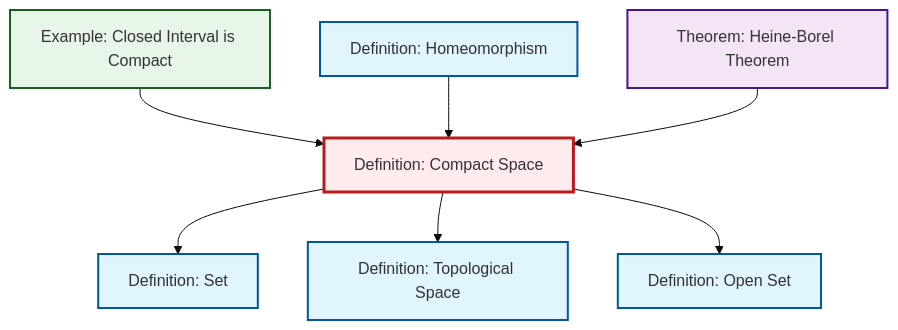
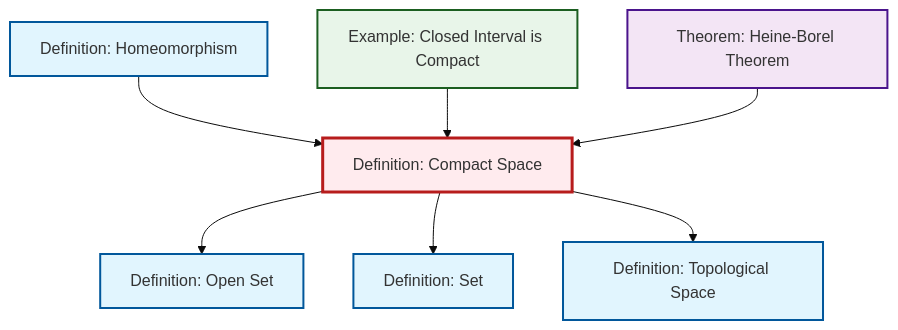
The diagram in content/en/topology/def-compact.qmd (RK0429/ModernMath), drawn with Mermaid (base theme) before and after one commit. The commit also changed other lines of this file and 672 other files, not shown here.

````diff
--- a/content/en/topology/def-compact.qmd
+++ b/content/en/topology/def-compact.qmd
@@ -48,29 +48,29 @@
 ```{mermaid}
 %%| fig-cap: "Local dependency graph"
 graph TD
     classDef definition fill:#e1f5fe,stroke:#01579b,stroke-width:2px
     classDef theorem fill:#f3e5f5,stroke:#4a148c,stroke-width:2px
     classDef axiom fill:#fff3e0,stroke:#e65100,stroke-width:2px
     classDef example fill:#e8f5e9,stroke:#1b5e20,stroke-width:2px
     classDef current fill:#ffebee,stroke:#b71c1c,stroke-width:3px
+    def-set["Definition: Set"]:::definition
+    def-topological-space["Definition: Topological Space"]:::definition
+    def-compact["Definition: Compact Space"]:::definition
+    def-homeomorphism["Definition: Homeomorphism"]:::definition
+    ex-closed-interval-compact["Example: Closed Interval is Compact"]:::example
+    thm-heine-borel["Theorem: Heine-Borel Theorem"]:::theorem
     def-open-set["Definition: Open Set"]:::definition
-    def-set["Definition: Set"]:::definition
-    def-homeomorphism["Definition: Homeomorphism"]:::definition
-    def-compact["Definition: Compact Space"]:::definition
-    def-topological-space["Definition: Topological Space"]:::definition
-    thm-heine-borel["Theorem: Heine-Borel Theorem"]:::theorem
-    ex-closed-interval-compact["Example: Closed Interval is Compact"]:::example
+    def-compact --> def-open-set
     def-compact --> def-set
+    def-homeomorphism --> def-compact
     ex-closed-interval-compact --> def-compact
-    def-homeomorphism --> def-compact
+    def-compact --> def-topological-space
     thm-heine-borel --> def-compact
-    def-compact --> def-topological-space
-    def-compact --> def-open-set
     class def-compact current
+    click def-set "def-set.html" "Go to Set definition"
+    click def-topological-space "def-topological-space.html" "Go to Topological Space definition"
+    click def-homeomorphism "def-homeomorphism.html" "Go to Homeomorphism definition"
+    click ex-closed-interval-compact "ex-closed-interval-compact.html" "Go to Closed Interval is Compact example"
+    click thm-heine-borel "thm-heine-borel.html" "Go to Heine-Borel Theorem theorem"
     click def-open-set "def-open-set.html" "Go to Open Set definition"
-    click def-set "def-set.html" "Go to Set definition"
-    click def-homeomorphism "def-homeomorphism.html" "Go to Homeomorphism definition"
-    click def-topological-space "def-topological-space.html" "Go to Topological Space definition"
-    click thm-heine-borel "thm-heine-borel.html" "Go to Heine-Borel Theorem theorem"
-    click ex-closed-interval-compact "ex-closed-interval-compact.html" "Go to Closed Interval is Compact example"
 ```
````
